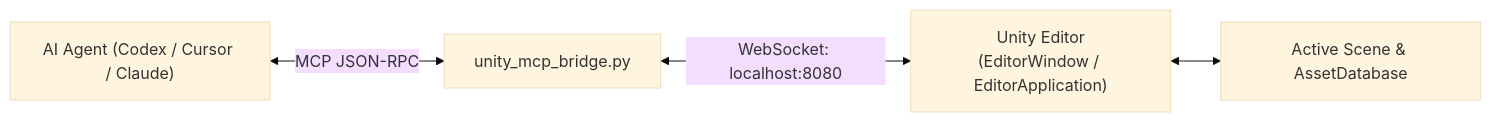
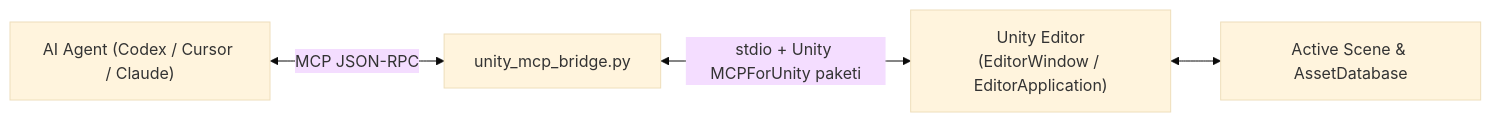
Before and after one commit to kursatsndgn/master-game-studio-skills: the diagram in mcp-connectors/unity-mcp/SKILL.md, drawn with Mermaid (base theme). The commit also changed other lines of this file and 11 other files, not shown here.

````diff
--- a/mcp-connectors/unity-mcp/SKILL.md
+++ b/mcp-connectors/unity-mcp/SKILL.md
@@ -14,6 +14,6 @@
 ```mermaid
 flowchart LR
     Agent["AI Agent (Codex / Cursor / Claude)"] <-->|MCP JSON-RPC| Bridge["unity_mcp_bridge.py"]
-    Bridge <-->|WebSocket: localhost:8080| UnityEditor["Unity Editor\n(EditorWindow / EditorApplication)"]
+    Bridge <-->|stdio + Unity MCPForUnity paketi| UnityEditor["Unity Editor\n(EditorWindow / EditorApplication)"]
     UnityEditor <--> UnityScene["Active Scene & AssetDatabase"]
 ```
````
